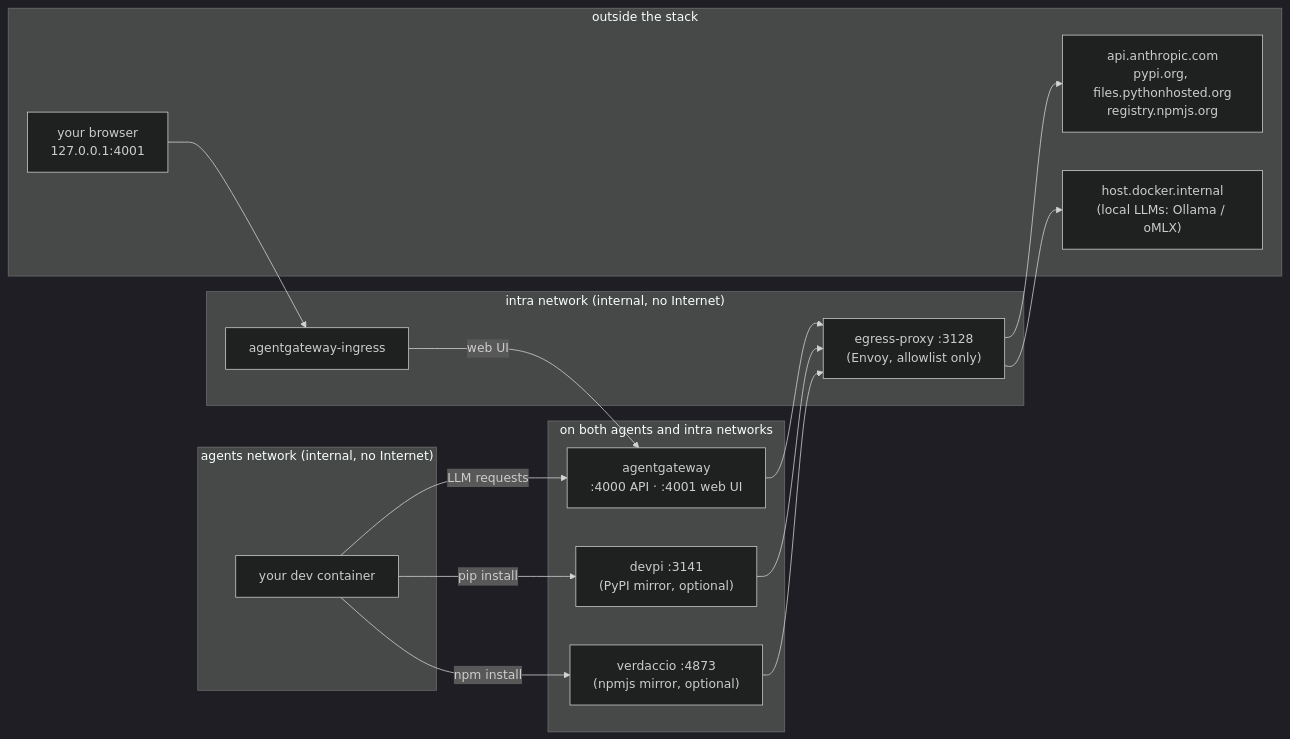
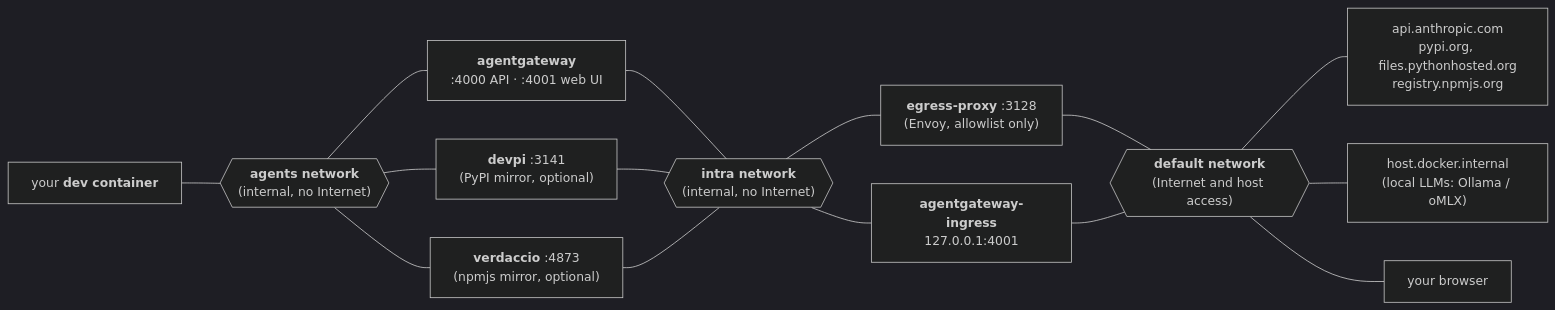
One commit to node13h/iron-curtain changed the diagram in README.md. Above: the diagram before and after it, drawn with Mermaid (dark theme). The commit also changed other lines of this file, not shown here.

Commit message:
Correct the diagram

````diff
--- a/README.md
+++ b/README.md
@@ -26,34 +26,36 @@
 ```mermaid
 flowchart LR
-    subgraph agents["agents network (internal, no Internet)"]
-        dev["your dev container"]
-    end
+    dev["your <b>dev container</b>"]
 
-    subgraph both["on both agents and intra networks"]
-        gw["agentgateway<br/>:4000 API · :4001 web UI"]
-        devpi["devpi :3141<br/>(PyPI mirror, optional)"]
-        verdaccio["verdaccio :4873<br/>(npmjs mirror, optional)"]
-    end
+    net_agents{{"<b>agents network</b><br/>(internal, no Internet)"}}
 
-    subgraph intra["intra network (internal, no Internet)"]
-        egress["egress-proxy :3128<br/>(Envoy, allowlist only)"]
-        ingress["agentgateway-ingress"]
-    end
+    gw["<b>agentgateway</b><br/>:4000 API · :4001 web UI"]
+    devpi["<b>devpi</b> :3141<br/>(PyPI mirror, optional)"]
+    verdaccio["<b>verdaccio</b> :4873<br/>(npmjs mirror, optional)"]
 
-    subgraph outside["outside the stack"]
-        internet["api.anthropic.com<br/>pypi.org, files.pythonhosted.org<br/>registry.npmjs.org"]
-        hostllm["host.docker.internal<br/>(local LLMs: Ollama / oMLX)"]
-        browser["your browser<br/>127.0.0.1:4001"]
-    end
+    net_intra{{"<b>intra network</b><br/>(internal, no Internet)"}}
 
-    dev -->|LLM requests| gw
-    dev -->|pip install| devpi
-    dev -->|npm install| verdaccio
-    gw --> egress
-    devpi --> egress
-    verdaccio --> egress
-    egress --> internet
-    egress --> hostllm
-    browser --> ingress
-    ingress -->|web UI| gw
+    egress["<b>egress-proxy</b> :3128<br/>(Envoy, allowlist only)"]
+    ingress["<b>agentgateway-ingress</b><br/>127.0.0.1:4001"]
+
+    net_default{{"<b>default network</b><br/>(Internet and host access)"}}
+
+    internet["api.anthropic.com<br/>pypi.org, files.pythonhosted.org<br/>registry.npmjs.org"]
+    hostllm["host.docker.internal<br/>(local LLMs: Ollama / oMLX)"]
+    browser["your browser"]
+
+    dev --- net_agents
+    net_agents --- gw
+    net_agents --- devpi
+    net_agents --- verdaccio
+    gw --- net_intra
+    devpi --- net_intra
+    verdaccio --- net_intra
+    net_intra --- egress
+    net_intra --- ingress
+    egress --- net_default
+    ingress --- net_default
+    net_default --- internet
+    net_default --- hostllm
+    net_default --- browser
 ```
````
